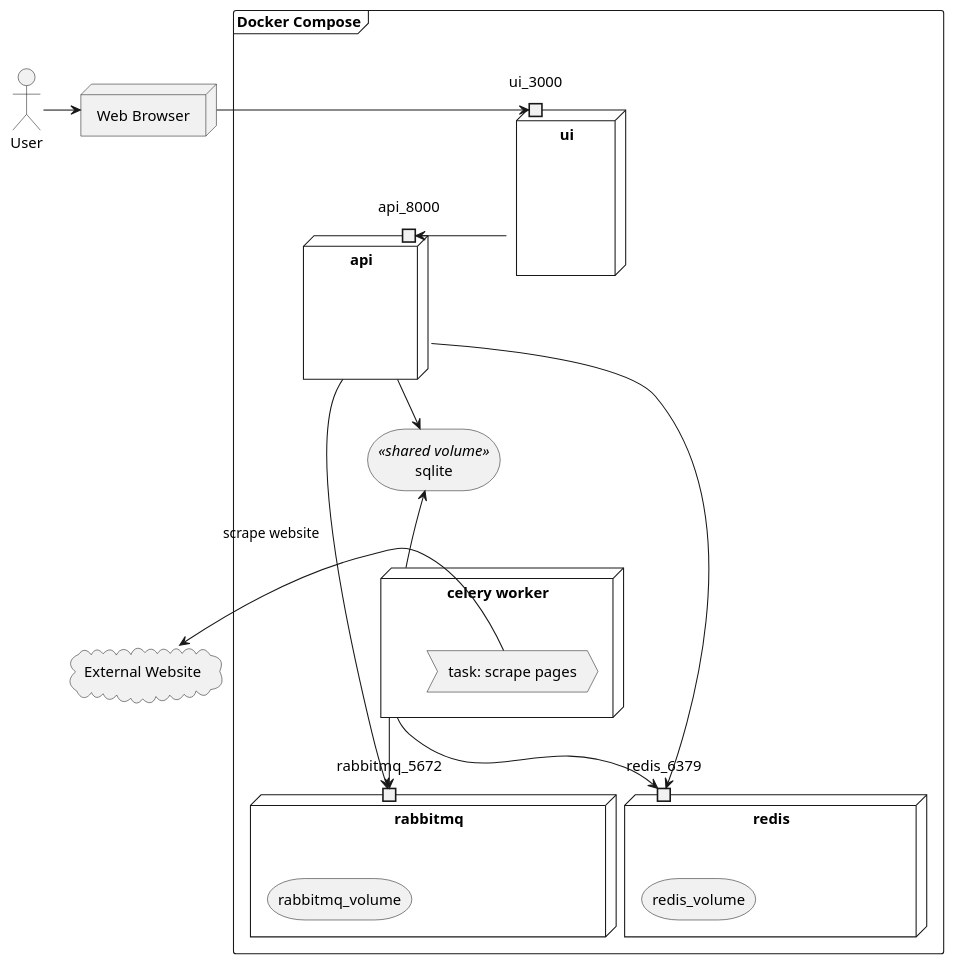
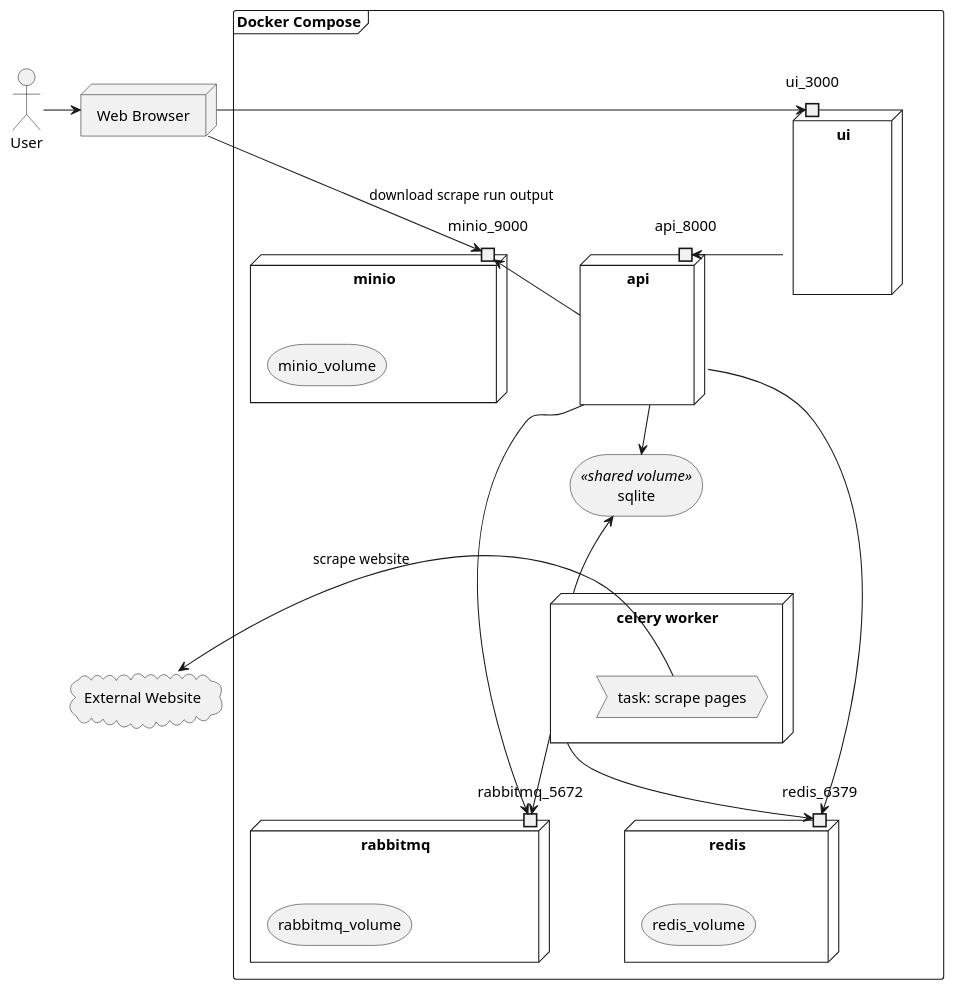
One commit to tejas0908/EasyScraper changed the diagram in docs/plantuml/src/deployment.plantuml. Above: the diagram before and after it, drawn with PlantUML. The commit also changed 1 other file, not shown here.

```diff
--- a/docs/plantuml/src/deployment.plantuml
+++ b/docs/plantuml/src/deployment.plantuml
@@ -1,42 +1,48 @@
 @startuml
 allowmixing
 
 actor "User" as user
 node "Web Browser" as browser {
 }
 
 frame "Docker Compose" {
     node "ui" as ui {
         portin ui_3000
     }
     node "api" as api {
         portin api_8000
     }
     storage "sqlite" <<shared volume>> as sqlite {
     }
     node "rabbitmq" as rabbitmq {
         portin rabbitmq_5672
         storage "rabbitmq_volume"
     }
     node "redis" as redis {
         portin redis_6379
         storage "redis_volume"
     }
     node "celery worker" as celery_worker{
         process "task: scrape pages" as t1
     }
+    node "minio" as minio {
+        portin minio_9000
+        storage "minio_volume"
+    }
 }
 
 cloud "External Website" as e1
 
 user -right-> browser
 browser -right-> ui_3000
 ui -right-> api_8000
 api --> rabbitmq_5672
 api --> redis_6379
 celery_worker --> rabbitmq_5672
 celery_worker --> redis_6379
 api --> sqlite
 celery_worker -up-> sqlite
 t1 -left-> e1 : scrape website
+api -up-> minio_9000
+browser --> minio_9000 : download scrape run output
 @enduml
```
